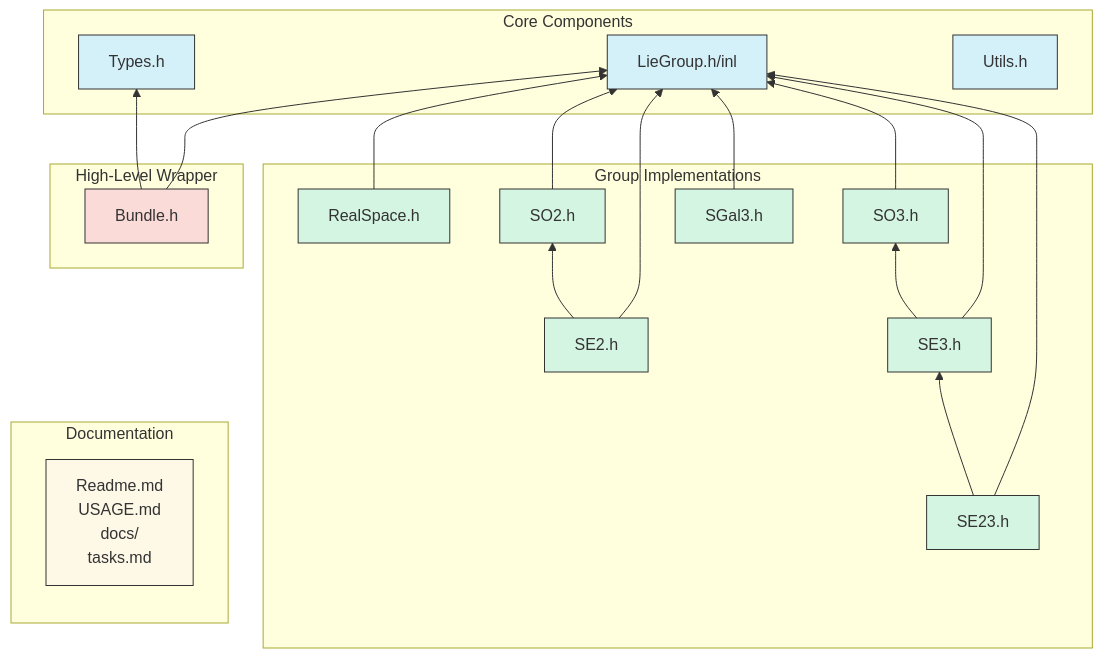
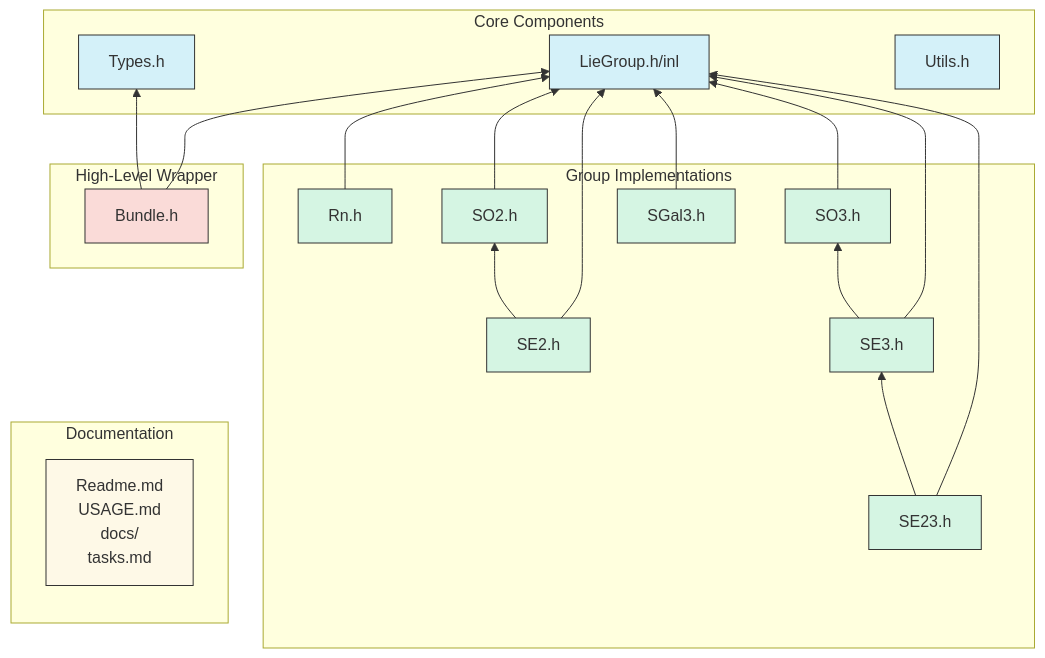
One commit to SofaDefrost/Cosserat changed the diagram in src/liegroups/docs/dependency_tree.md. Above: the diagram before and after it, drawn with Mermaid. The commit also changed other lines of this file and 23 other files, not shown here.

First line of the commit message:
[liegroups] Rename RealSpace to Rn

````diff
--- a/src/liegroups/docs/dependency_tree.md
+++ b/src/liegroups/docs/dependency_tree.md
@@ -3,58 +3,58 @@
 ```mermaid
 graph BT
     %% Styling
     classDef core fill:#d4f1f9,stroke:#333,stroke-width:1px
     classDef implementation fill:#d5f5e3,stroke:#333,stroke-width:1px
     classDef wrapper fill:#fadbd8,stroke:#333,stroke-width:1px
     classDef docs fill:#fef9e7,stroke:#333,stroke-width:1px
 
     %% Core Components
     subgraph Core["Core Components"]
         LieGroup["LieGroup.h/inl"]
         Types["Types.h"]
         Utils["Utils.h"]
     end
 
     %% Group Implementations
     subgraph Implementations["Group Implementations"]
-        RealSpace["RealSpace.h"]
+        Rn["Rn.h"]
         SO2["SO2.h"]
         SO3["SO3.h"]
         SE2["SE2.h"]
         SE3["SE3.h"]
         SE23["SE23.h"]
         SGal3["SGal3.h"]
     end
 
     %% High-Level Wrapper
     subgraph Wrapper["High-Level Wrapper"]
         Bundle["Bundle.h"]
     end
 
     %% Documentation
     subgraph Documentation["Documentation"]
         Docs["Readme.md<br/>USAGE.md<br/>docs/<br/>tasks.md"]
     end
 
     %% Dependencies
-    RealSpace --> LieGroup
+    Rn --> LieGroup
     SO2 --> LieGroup
     SO3 --> LieGroup
     SE2 --> LieGroup
     SE2 --> SO2
     SE3 --> LieGroup
     SE3 --> SO3
     SE23 --> LieGroup
     SE23 --> SE3
     SGal3 --> LieGroup
 
     %% Bundle dependencies
     Bundle --> LieGroup
     Bundle --> Types
 
     %% Apply styling
     class LieGroup,Types,Utils core
-    class RealSpace,SO2,SO3,SE2,SE3,SE23,SGal3 implementation
+    class Rn,SO2,SO3,SE2,SE3,SE23,SGal3 implementation
     class Bundle wrapper
     class Docs docs
 ```
````
